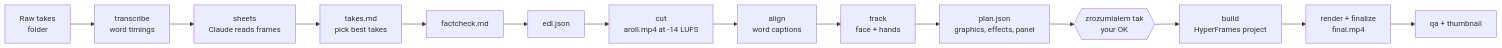
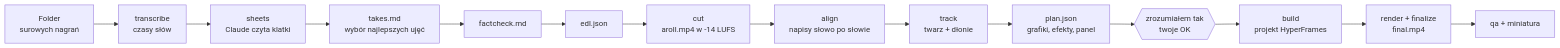
The diagram in README.md (wisniewskib/cutmate), drawn with Mermaid before and after one commit. The commit also changed other lines of this file and 13 other files, not shown here.

````diff
--- a/README.md
+++ b/README.md
@@ -83,16 +83,16 @@
 ```mermaid
 flowchart LR
-    A[Raw takes<br/>folder] --> B[transcribe<br/>word timings]
-    B --> C[sheets<br/>Claude reads frames]
-    C --> D[takes.md<br/>pick best takes]
+    A[Folder<br/>surowych nagrań] --> B[transcribe<br/>czasy słów]
+    B --> C[sheets<br/>Claude czyta klatki]
+    C --> D[takes.md<br/>wybór najlepszych ujęć]
     D --> E[factcheck.md]
     E --> F[edl.json]
-    F --> G[cut<br/>aroll.mp4 at -14 LUFS]
-    G --> H[align<br/>word captions]
-    H --> I[track<br/>face + hands]
-    I --> J[plan.json<br/>graphics, effects, panel]
-    J --> K{{zrozumiałem tak<br/>your OK}}
-    K --> L[build<br/>HyperFrames project]
+    F --> G[cut<br/>aroll.mp4 w -14 LUFS]
+    G --> H[align<br/>napisy słowo po słowie]
+    H --> I[track<br/>twarz + dłonie]
+    I --> J[plan.json<br/>grafiki, efekty, panel]
+    J --> K{{zrozumiałem tak<br/>twoje OK}}
+    K --> L[build<br/>projekt HyperFrames]
     L --> M[render + finalize<br/>final.mp4]
-    M --> N[qa + thumbnail]
+    M --> N[qa + miniatura]
 ```
````
